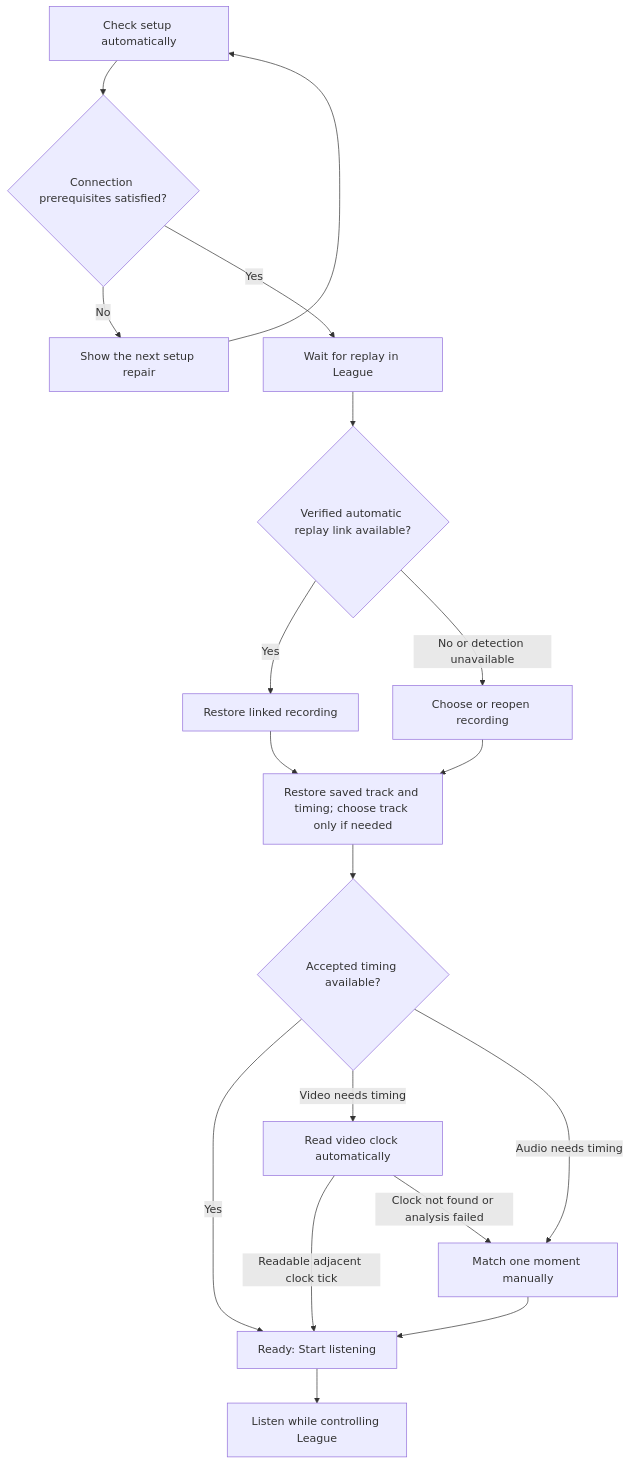
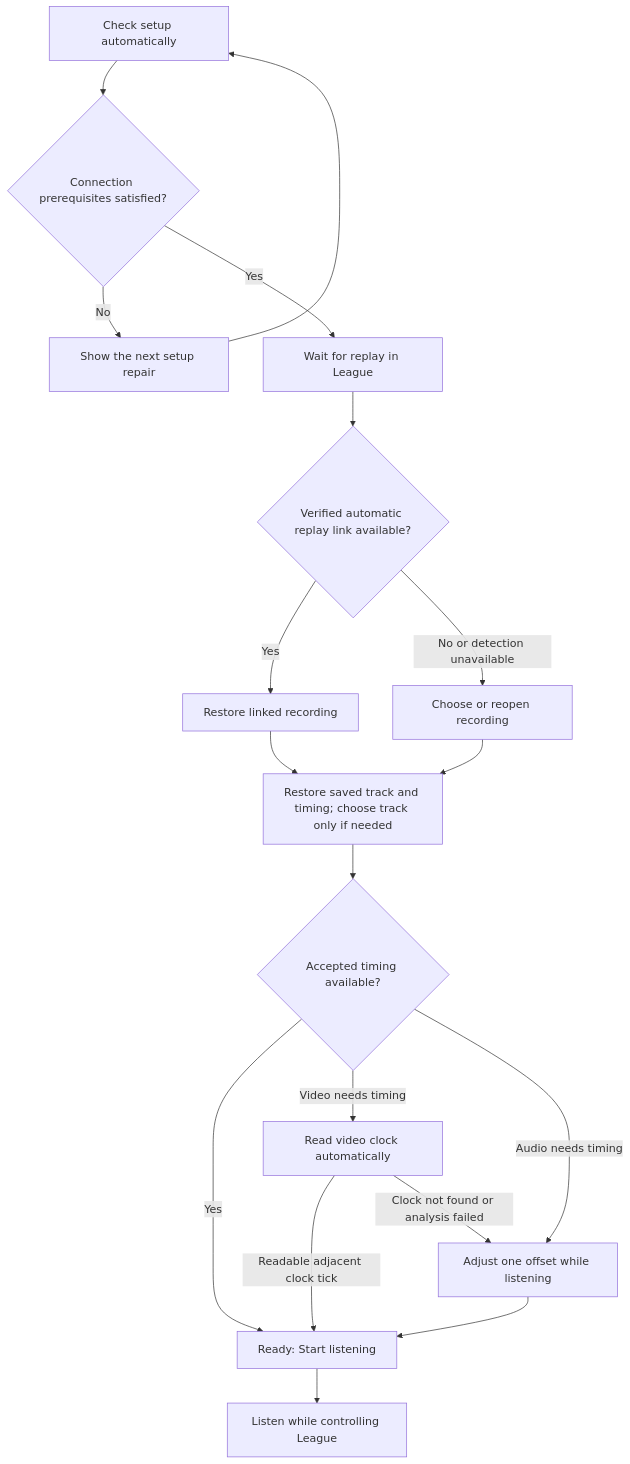
The diagram in UX_DESIGN.md (felixmirave/league-replay-comms), drawn with Mermaid before and after one commit. The commit also changed other lines of this file and 39 other files, not shown here.

First line of the commit message:
Simplify manual anchoring to a live timing offset

````diff
--- a/UX_DESIGN.md
+++ b/UX_DESIGN.md
@@ -33,20 +33,20 @@
 ```mermaid
 flowchart TD
     A[Check setup automatically] --> B{Connection prerequisites satisfied?}
     B -->|No| C[Show the next setup repair]
     C --> A
     B -->|Yes| D[Wait for replay in League]
     D --> F{Verified automatic replay link available?}
     F -->|Yes| G[Restore linked recording]
     F -->|No or detection unavailable| H[Choose or reopen recording]
     G --> I[Restore saved track and timing; choose track only if needed]
     H --> I
     I --> J{Accepted timing available?}
     J -->|Yes| N[Ready: Start listening]
     J -->|Video needs timing| K[Read video clock automatically]
-    J -->|Audio needs timing| L[Match one moment manually]
+    J -->|Audio needs timing| L[Adjust one offset while listening]
     K -->|Readable adjacent clock tick| N
     K -->|Clock not found or analysis failed| L
     L --> N
     N --> P[Listen while controlling League]
 ```
````
